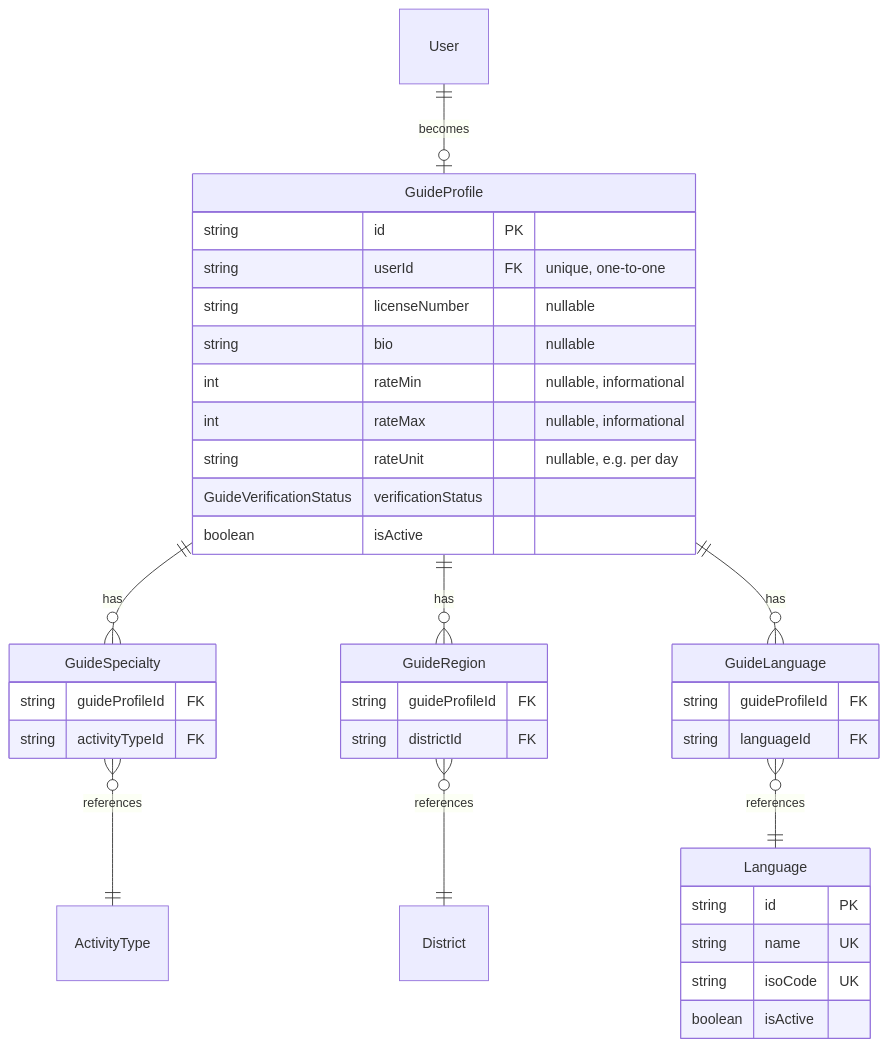
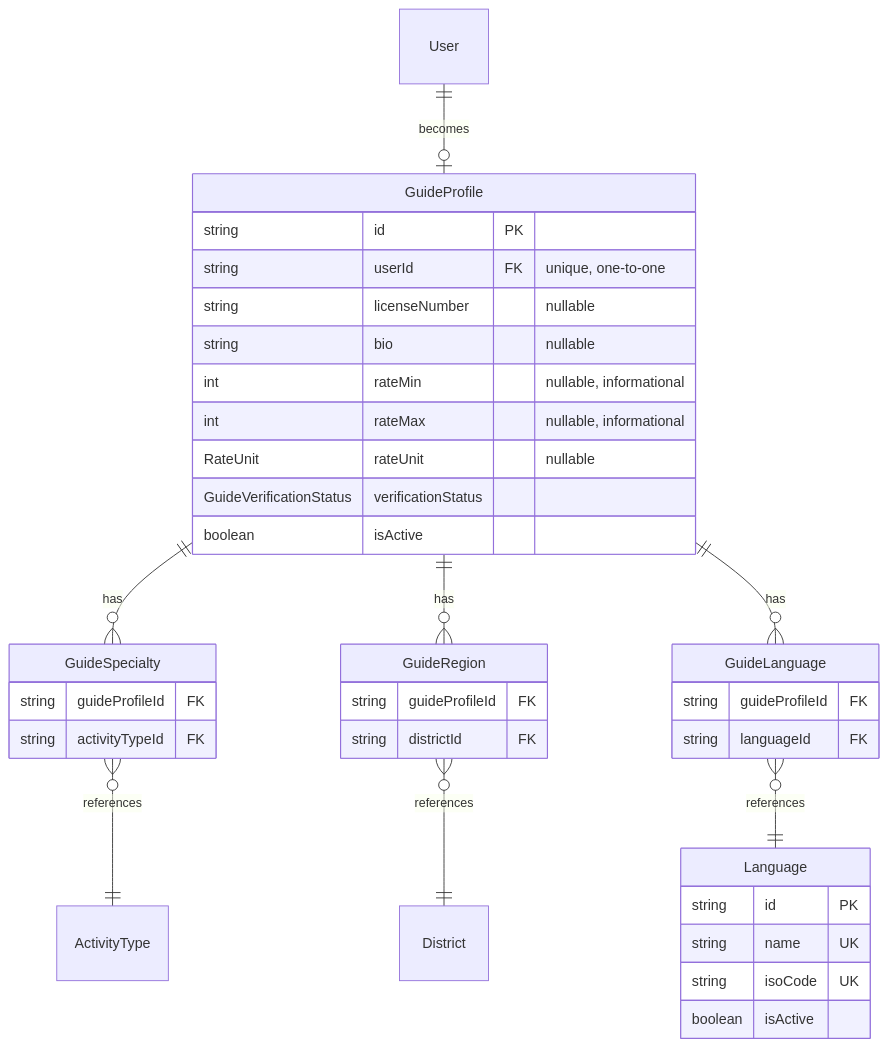
Before and after one commit to AveeAd/adventure: the diagram in GUIDES.md, drawn with Mermaid. The commit also changed other lines of this file and 30 other files, not shown here.

````diff
--- a/GUIDES.md
+++ b/GUIDES.md
@@ -93,40 +100,40 @@
 ```mermaid
 erDiagram
     User ||--o| GuideProfile : "becomes"
     GuideProfile ||--o{ GuideSpecialty : has
     GuideSpecialty }o--|| ActivityType : references
     GuideProfile ||--o{ GuideRegion : has
     GuideRegion }o--|| District : references
     GuideProfile ||--o{ GuideLanguage : has
     GuideLanguage }o--|| Language : references
 
     GuideProfile {
         string id PK
         string userId FK "unique, one-to-one"
         string licenseNumber "nullable"
         string bio "nullable"
         int rateMin "nullable, informational"
         int rateMax "nullable, informational"
-        string rateUnit "nullable, e.g. per day"
+        RateUnit rateUnit "nullable"
         GuideVerificationStatus verificationStatus
         boolean isActive
     }
     Language {
         string id PK
         string name UK
         string isoCode UK
         boolean isActive
     }
     GuideSpecialty {
         string guideProfileId FK
         string activityTypeId FK
     }
     GuideRegion {
         string guideProfileId FK
         string districtId FK
     }
     GuideLanguage {
         string guideProfileId FK
         string languageId FK
     }
 ```
````
